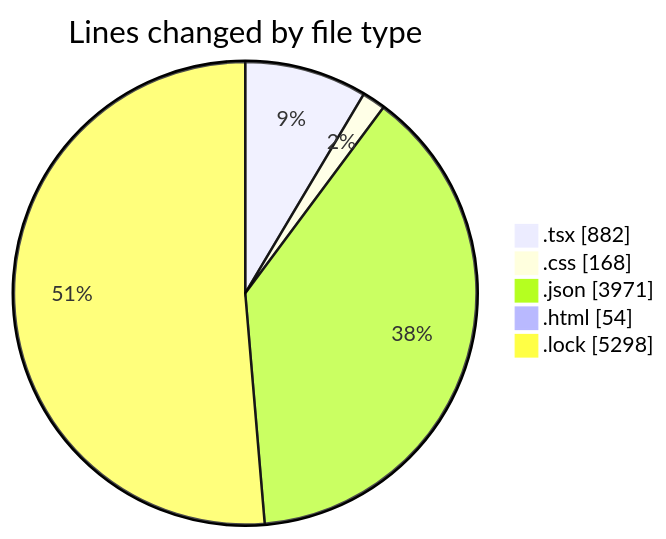
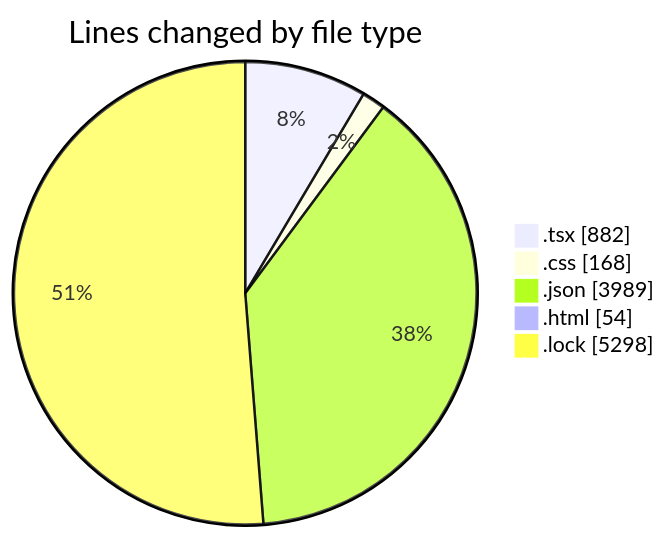
The first of 2 diagrams in 2025-08-12/ribbon/README.md (EIIisD/code-tracking), drawn with Mermaid before and after one commit. The commit also changed other lines of this file and 1 other file, not shown here.

````diff
--- a/2025-08-12/ribbon/README.md
+++ b/2025-08-12/ribbon/README.md
@@ -32,9 +33,9 @@
 ```mermaid
 pie showData
 title Lines changed by file type
 ".tsx" : 882
 ".css" : 168
-".json" : 3971
+".json" : 3989
 ".html" : 54
 ".lock" : 5298
 ```
````
